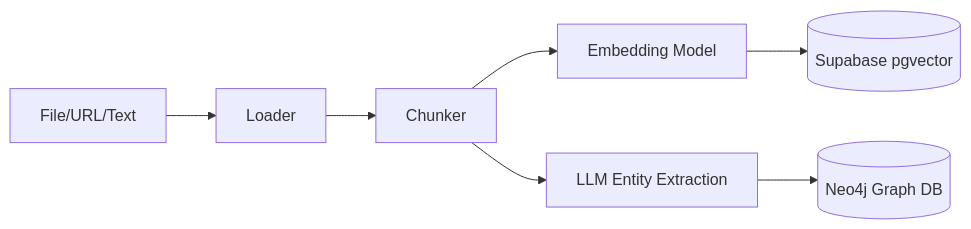
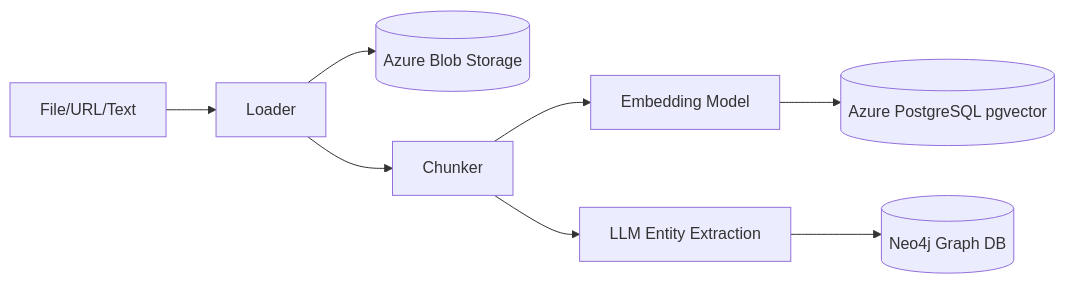
One commit to Myash21/LexiGraph changed the second of 3 diagrams in README.md. Above: the diagram before and after it, drawn with Mermaid. The commit also changed other lines of this file and 1 other file, not shown here.

````diff
--- a/README.md
+++ b/README.md
@@ -60,9 +60,10 @@
 ```mermaid
 flowchart LR
     A[File/URL/Text] --> B[Loader]
+    B --> BLOB[(Azure Blob Storage)]
     B --> C[Chunker]
     C --> D[Embedding Model]
     C --> E[LLM Entity Extraction]
-    D --> F[(Supabase pgvector)]
+    D --> F[(Azure PostgreSQL pgvector)]
     E --> G[(Neo4j Graph DB)]
 ```
````
